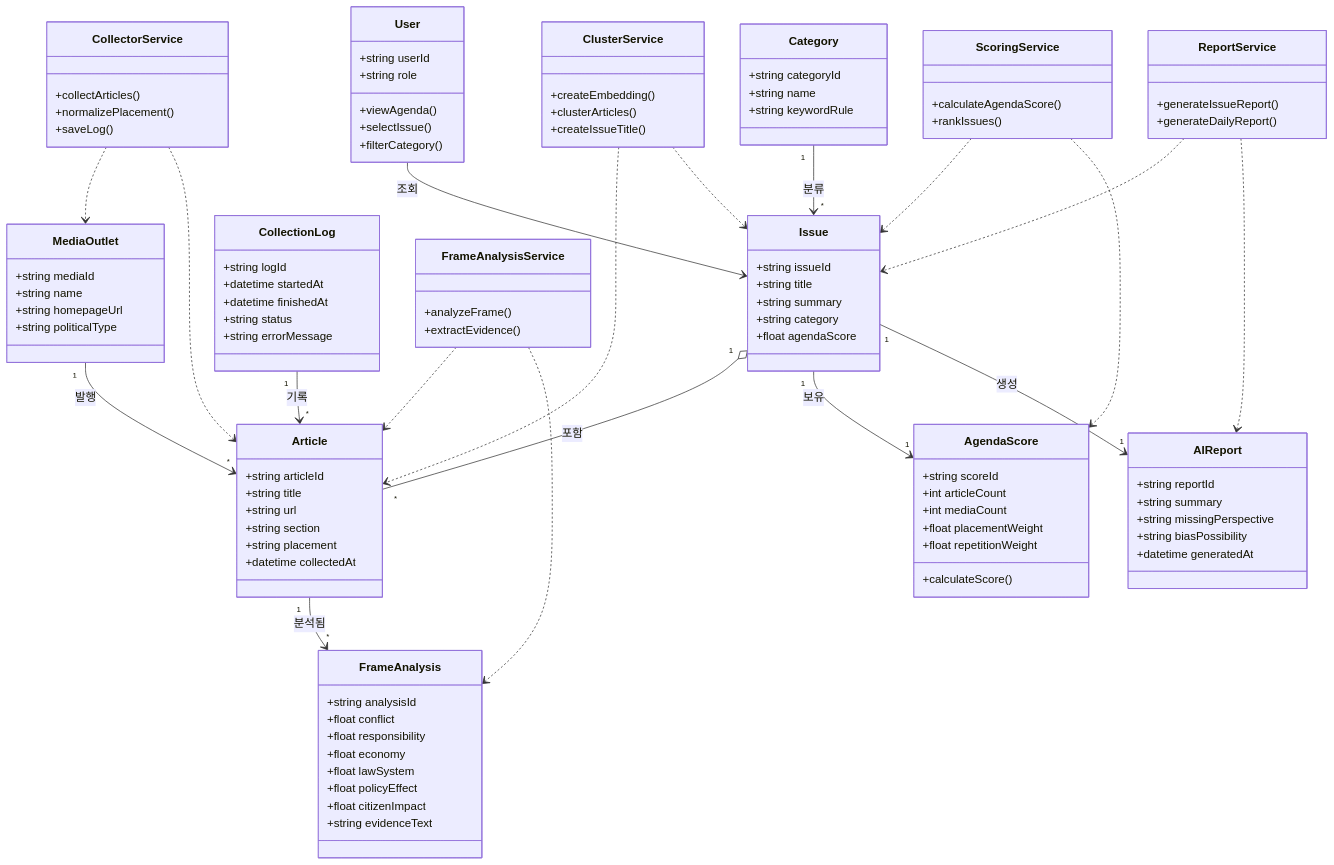
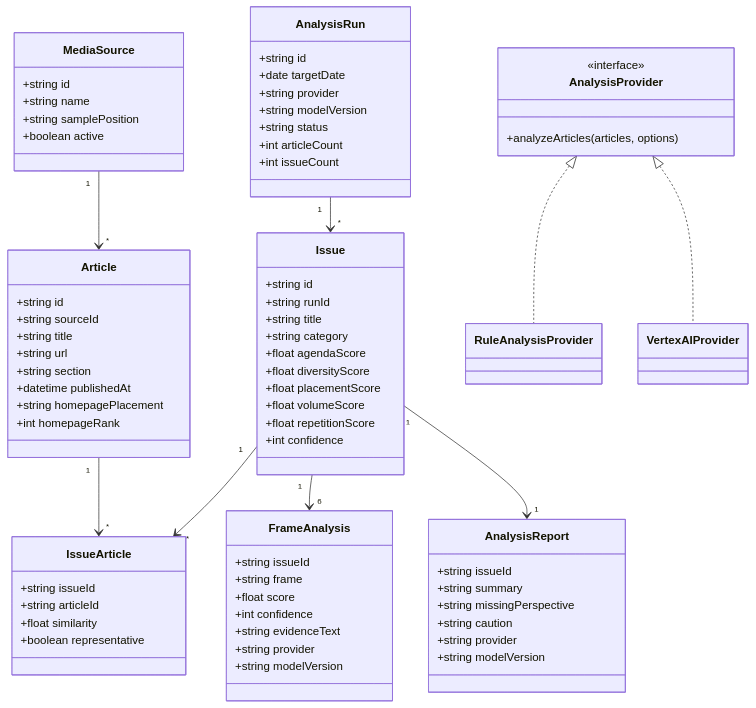
Before and after one commit to kjh01072299206-png/AgendaFrame: the fourth of 6 diagrams in AgendaFrame_11_UML.md, drawn with Mermaid. The commit also changed other lines of this file and 29 other files, not shown here.

Commit message:
Implement real-data analysis architecture

````diff
--- a/AgendaFrame_11_UML.md
+++ b/AgendaFrame_11_UML.md
@@ -213,123 +151,78 @@
 ```mermaid
 classDiagram
-    class User {
-        +string userId
-        +string role
-        +viewAgenda()
-        +selectIssue()
-        +filterCategory()
+    class MediaSource {
+        +string id
+        +string name
+        +string samplePosition
+        +boolean active
     }
-
-    class MediaOutlet {
-        +string mediaId
-        +string name
-        +string homepageUrl
-        +string politicalType
-    }
-
     class Article {
-        +string articleId
+        +string id
+        +string sourceId
         +string title
         +string url
         +string section
-        +string placement
-        +datetime collectedAt
+        +datetime publishedAt
+        +string homepagePlacement
+        +int homepageRank
     }
-
+    class AnalysisRun {
+        +string id
+        +date targetDate
+        +string provider
+        +string modelVersion
+        +string status
+        +int articleCount
+        +int issueCount
+    }
     class Issue {
-        +string issueId
+        +string id
+        +string runId
         +string title
-        +string summary
         +string category
         +float agendaScore
+        +float diversityScore
+        +float placementScore
+        +float volumeScore
+        +float repetitionScore
+        +int confidence
     }
-
-    class AgendaScore {
-        +string scoreId
-        +int articleCount
-        +int mediaCount
-        +float placementWeight
-        +float repetitionWeight
-        +calculateScore()
+    class IssueArticle {
+        +string issueId
+        +string articleId
+        +float similarity
+        +boolean representative
     }
-
     class FrameAnalysis {
-        +string analysisId
-        +float conflict
-        +float responsibility
-        +float economy
-        +float lawSystem
-        +float policyEffect
-        +float citizenImpact
+        +string issueId
+        +string frame
+        +float score
+        +int confidence
         +string evidenceText
+        +string provider
+        +string modelVersion
     }
-
-    class AIReport {
-        +string reportId
+    class AnalysisReport {
+        +string issueId
         +string summary
         +string missingPerspective
-        +string biasPossibility
-        +datetime generatedAt
+        +string caution
+        +string provider
+        +string modelVersion
     }
+    class AnalysisProvider {
+        <<interface>>
+        +analyzeArticles(articles, options)
+    }
+    class RuleAnalysisProvider
+    class VertexAIProvider
 
-    class CollectionLog {
-        +string logId
-        +datetime startedAt
-        +datetime finishedAt
-        +string status
-        +string errorMessage
-    }
-
-    class Category {
-        +string categoryId
-        +string name
-        +string keywordRule
-    }
-
-    class CollectorService {
-        +collectArticles()
-        +normalizePlacement()
-        +saveLog()
-    }
-
-    class ClusterService {
-        +createEmbedding()
-        +clusterArticles()
-        +createIssueTitle()
-    }
-
-    class ScoringService {
-        +calculateAgendaScore()
-        +rankIssues()
-    }
-
-    class FrameAnalysisService {
-        +analyzeFrame()
-        +extractEvidence()
-    }
-
-    class ReportService {
-        +generateIssueReport()
-        +generateDailyReport()
-    }
-
-    User --> Issue : 조회
-    MediaOutlet "1" --> "*" Article : 발행
-    Issue "1" o-- "*" Article : 포함
-    Issue "1" --> "1" AgendaScore : 보유
-    Article "1" --> "*" FrameAnalysis : 분석됨
-    Issue "1" --> "1" AIReport : 생성
-    Category "1" --> "*" Issue : 분류
-    CollectionLog "1" --> "*" Article : 기록
-
-    CollectorService ..> MediaOutlet
-    CollectorService ..> Article
-    ClusterService ..> Article
-    ClusterService ..> Issue
-    ScoringService ..> Issue
-    ScoringService ..> AgendaScore
-    FrameAnalysisService ..> Article
-    FrameAnalysisService ..> FrameAnalysis
-    ReportService ..> Issue
-    ReportService ..> AIReport
+    MediaSource "1" --> "*" Article
+    AnalysisRun "1" --> "*" Issue
+    Issue "1" --> "*" IssueArticle
+    Article "1" --> "*" IssueArticle
+    Issue "1" --> "6" FrameAnalysis
+    Issue "1" --> "1" AnalysisReport
+    AnalysisProvider <|.. RuleAnalysisProvider
+    AnalysisProvider <|.. VertexAIProvider
 ```
````
